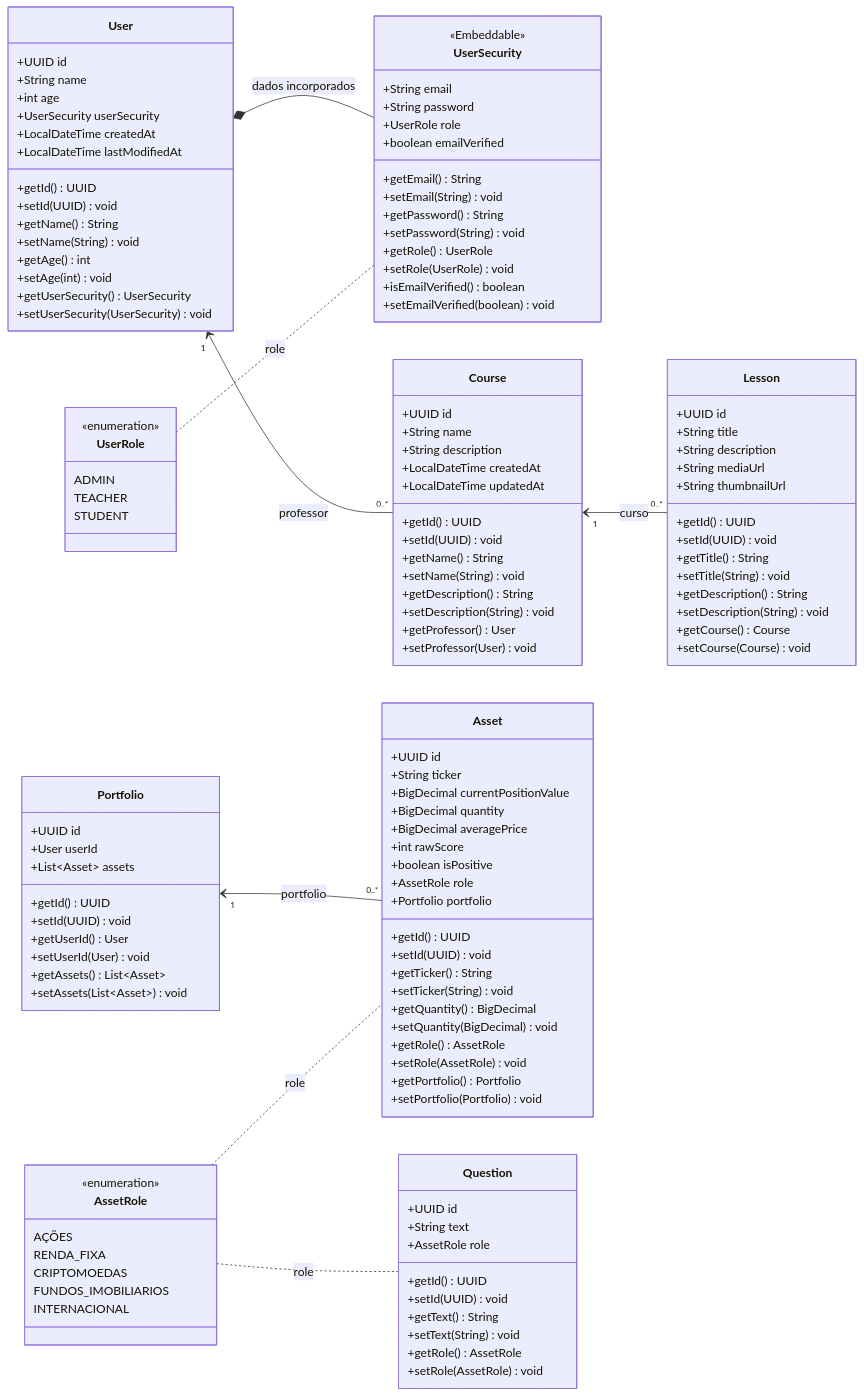
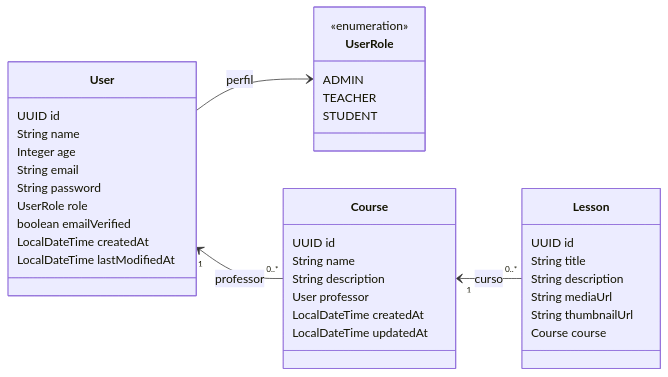
One commit to GabrielYYM/INVESTIR-MAIS changed the diagram in docs/diagrama-de-classes.md. Above: the diagram before and after it, drawn with Mermaid. The commit also changed other lines of this file and 73 other files, not shown here.

````diff
--- a/docs/diagrama-de-classes.md
+++ b/docs/diagrama-de-classes.md
@@ -7,36 +7,15 @@
     direction LR
 
     class User {
-        +UUID id
-        +String name
-        +int age
-        +UserSecurity userSecurity
-        +LocalDateTime createdAt
-        +LocalDateTime lastModifiedAt
-        +getId() UUID
-        +setId(UUID) void
-        +getName() String
-        +setName(String) void
-        +getAge() int
-        +setAge(int) void
-        +getUserSecurity() UserSecurity
-        +setUserSecurity(UserSecurity) void
-    }
-
-    class UserSecurity {
-        <<Embeddable>>
-        +String email
-        +String password
-        +UserRole role
-        +boolean emailVerified
-        +getEmail() String
-        +setEmail(String) void
-        +getPassword() String
-        +setPassword(String) void
-        +getRole() UserRole
-        +setRole(UserRole) void
-        +isEmailVerified() boolean
-        +setEmailVerified(boolean) void
+        UUID id
+        String name
+        Integer age
+        String email
+        String password
+        UserRole role
+        boolean emailVerified
+        LocalDateTime createdAt
+        LocalDateTime lastModifiedAt
     }
 
     class UserRole {
@@ -47,97 +26,24 @@
     }
 
     class Course {
-        +UUID id
-        +String name
-        +String description
-        +LocalDateTime createdAt
-        +LocalDateTime updatedAt
-        +getId() UUID
-        +setId(UUID) void
-        +getName() String
-        +setName(String) void
-        +getDescription() String
-        +setDescription(String) void
-        +getProfessor() User
-        +setProfessor(User) void
+        UUID id
+        String name
+        String description
+        User professor
+        LocalDateTime createdAt
+        LocalDateTime updatedAt
     }
 
     class Lesson {
-        +UUID id
-        +String title
-        +String description
-        +String mediaUrl
-        +String thumbnailUrl
-        +getId() UUID
-        +setId(UUID) void
-        +getTitle() String
-        +setTitle(String) void
-        +getDescription() String
-        +setDescription(String) void
-        +getCourse() Course
-        +setCourse(Course) void
+        UUID id
+        String title
+        String description
+        String mediaUrl
+        String thumbnailUrl
+        Course course
     }
 
-    class Portfolio {
-        +UUID id
-        +User userId
-        +List~Asset~ assets
-        +getId() UUID
-        +setId(UUID) void
-        +getUserId() User
-        +setUserId(User) void
-        +getAssets() List~Asset~
-        +setAssets(List~Asset~) void
-    }
-
-    class AssetRole {
-        <<enumeration>>
-        AÇÕES
-        RENDA_FIXA
-        CRIPTOMOEDAS
-        FUNDOS_IMOBILIARIOS
-        INTERNACIONAL
-    }
-
-    class Asset {
-        +UUID id
-        +String ticker
-        +BigDecimal currentPositionValue
-        +BigDecimal quantity
-        +BigDecimal averagePrice
-        +int rawScore
-        +boolean isPositive
-        +AssetRole role
-        +Portfolio portfolio
-        +getId() UUID
-        +setId(UUID) void
-        +getTicker() String
-        +setTicker(String) void
-        +getQuantity() BigDecimal
-        +setQuantity(BigDecimal) void
-        +getRole() AssetRole
-        +setRole(AssetRole) void
-        +getPortfolio() Portfolio
-        +setPortfolio(Portfolio) void
-    }
-
-    class Question {
-        +UUID id
-        +String text
-        +AssetRole role
-        +getId() UUID
-        +setId(UUID) void
-        +getText() String
-        +setText(String) void
-        +getRole() AssetRole
-        +setRole(AssetRole) void
-    }
-
-    User *-- UserSecurity : dados incorporados
     User "1" <-- "0..*" Course : professor
     Course "1" <-- "0..*" Lesson : curso
-    Portfolio "1" <-- "0..*" Asset : portfolio
-    UserRole .. UserSecurity : role
-    AssetRole .. Asset : role
-    AssetRole .. Question : role
+    User --> UserRole : perfil
 ```
````
